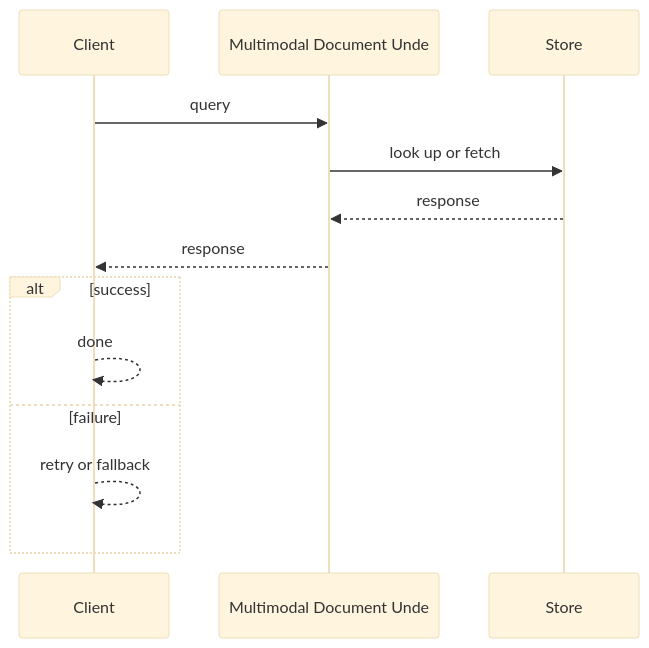
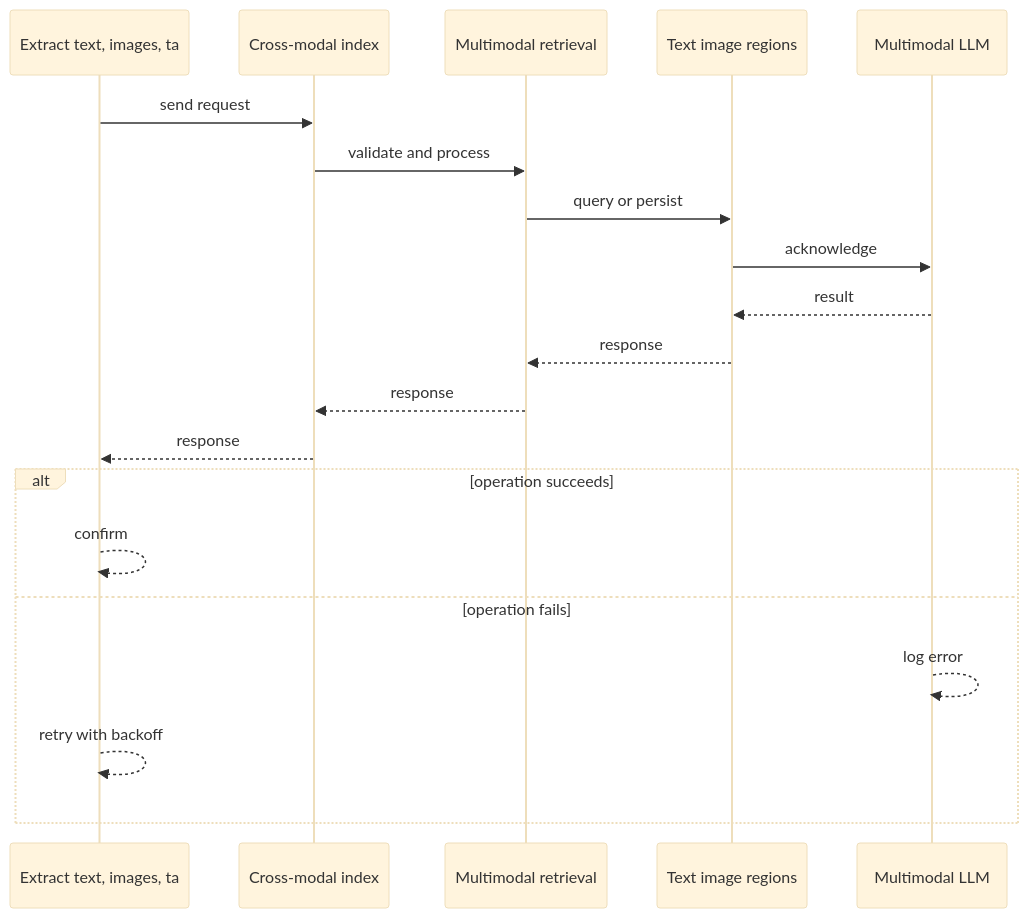
One commit to RIT-MESH/system-design-mastery changed the second of 4 diagrams in case-studies/ai-systems/multimodal-document-understanding.md. Above: the diagram before and after it, drawn with Mermaid (base theme). The commit also changed other lines of this file and 64 other files, not shown here.

````diff
--- a/case-studies/ai-systems/multimodal-document-understanding.md
+++ b/case-studies/ai-systems/multimodal-document-understanding.md
@@ -78,16 +64,23 @@
 ```mermaid
 %% created-for: system-design-mastery
 sequenceDiagram
-  participant P0 as Client
-  participant P1 as Multimodal Document Unde
-  participant P2 as Store
-  P0 ->> P1: query
-  P1 ->> P2: look up or fetch
-  P2 -->> P1: response
-  P1 -->> P0: response
-  alt success
-    P0 -->> P0: done
-  else failure
-    P0 -->> P0: retry or fallback
+  participant C0 as Extract text, images, ta
+  participant C1 as Cross-modal index
+  participant C2 as Multimodal retrieval
+  participant C3 as Text image regions
+  participant C4 as Multimodal LLM
+  C0 ->> C1: send request
+  C1 ->> C2: validate and process
+  C2 ->> C3: query or persist
+  C3 ->> C4: acknowledge
+  C4 -->> C3: result
+  C3 -->> C2: response
+  C2 -->> C1: response
+  C1 -->> C0: response
+  alt operation succeeds
+    C0 -->> C0: confirm
+  else operation fails
+    C4 -->> C4: log error
+    C0 -->> C0: retry with backoff
   end
 ```
````
